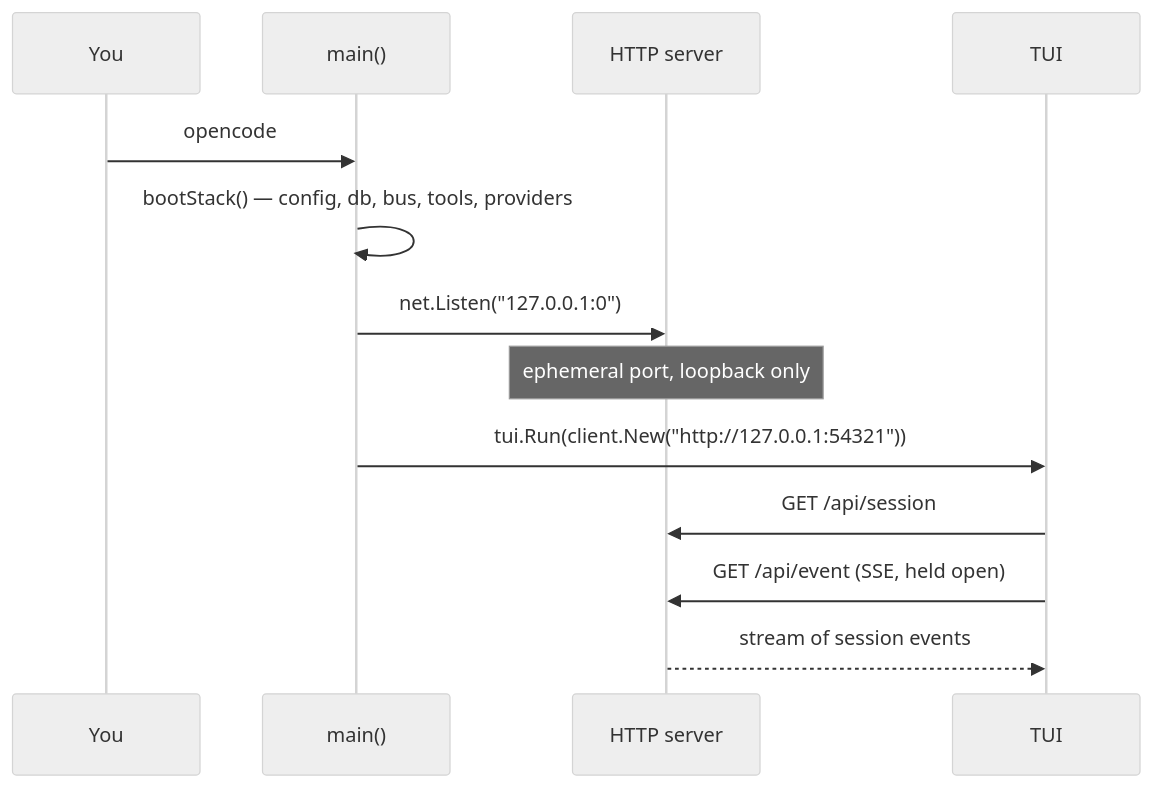
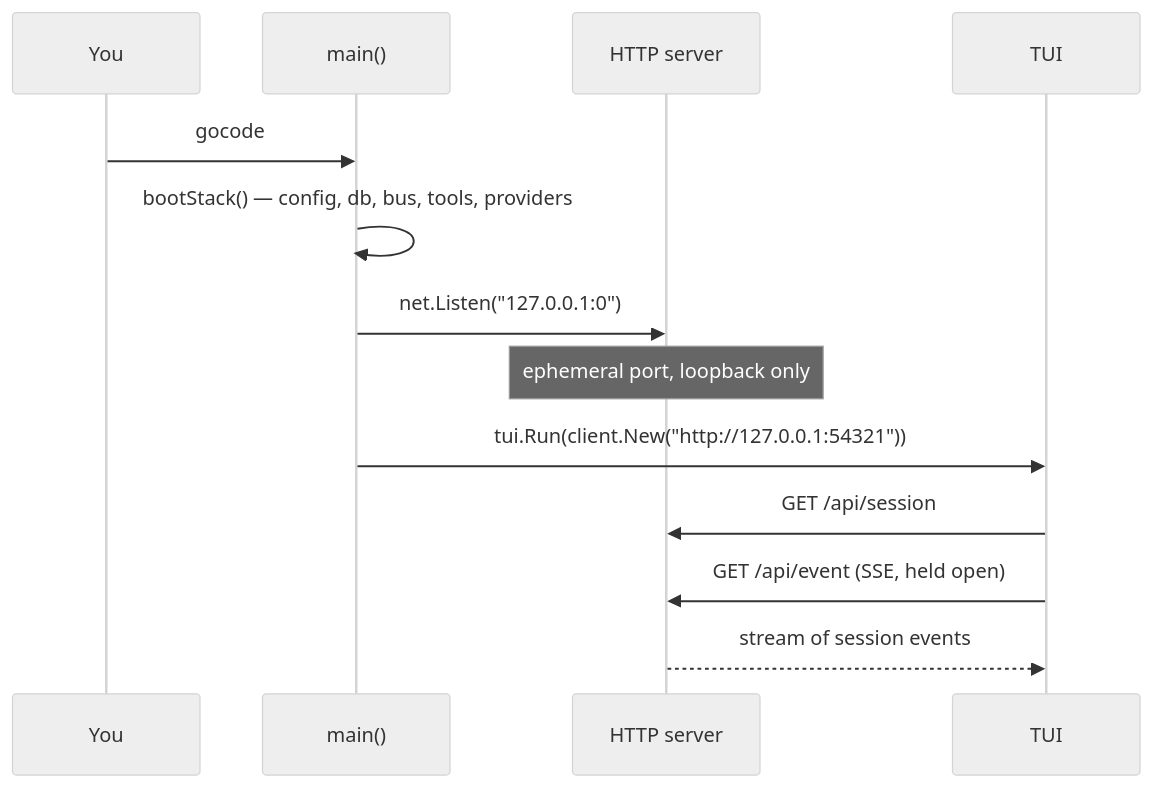
The first of 4 diagrams in documentation/01-architecture.md (langazov/gocode), drawn with Mermaid (neutral theme) before and after one commit. The commit also changed other lines of this file and 269 other files, not shown here.

````diff
--- a/documentation/01-architecture.md
+++ b/documentation/01-architecture.md
@@ -12,16 +12,16 @@
 ```mermaid
 sequenceDiagram
   participant U as You
   participant M as main()
   participant S as HTTP server
   participant T as TUI
 
-  U->>M: opencode
+  U->>M: gocode
   M->>M: bootStack() — config, db, bus, tools, providers
   M->>S: net.Listen("127.0.0.1:0")
   Note over S: ephemeral port, loopback only
   M->>T: tui.Run(client.New("http://127.0.0.1:54321"))
   T->>S: GET /api/session
   T->>S: GET /api/event (SSE, held open)
   S-->>T: stream of session events
 ```
````
